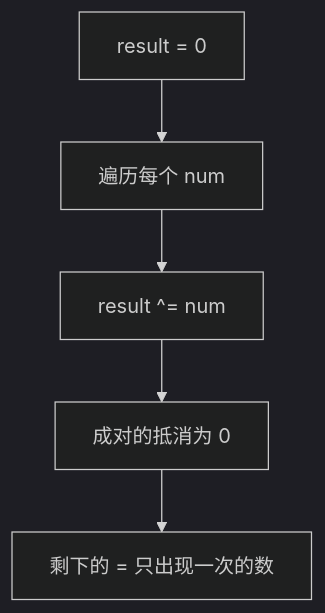
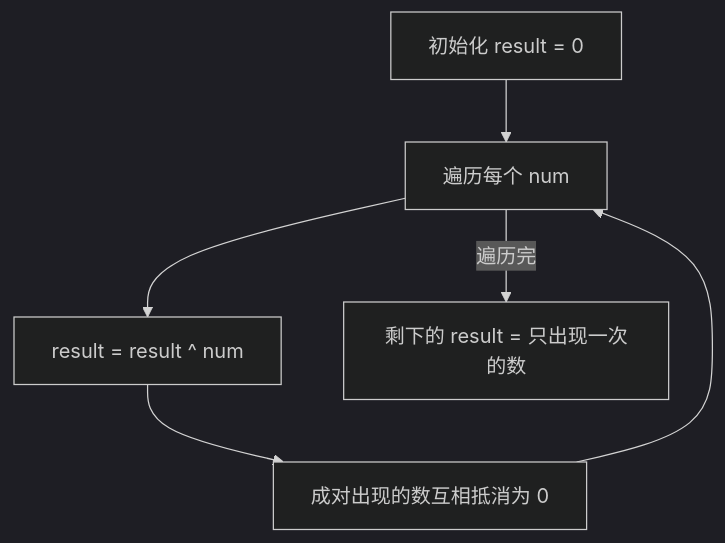
The first of 2 diagrams in 18-技巧/0136-只出现一次的数字.md (OctalZero/hot100-py), drawn with Mermaid (dark theme) before and after one commit. The commit also changed other lines of this file and 117 other files, not shown here.

First line of the commit message:
feat: 全题解配图升级为「动画式 mermaid」（总览骨架 + 横向时间线逐步推演）

````diff
--- a/18-技巧/0136-只出现一次的数字.md
+++ b/18-技巧/0136-只出现一次的数字.md
@@ -20,7 +20,8 @@
 ```mermaid
 flowchart TD
-    A["result = 0"] --> B["遍历每个 num"]
-    B --> C["result ^= num"]
-    C --> D["成对的抵消为 0"]
-    D --> E["剩下的 = 只出现一次的数"]
+    A["初始化 result = 0"] --> B["遍历每个 num"]
+    B --> C["result = result ^ num"]
+    C --> D["成对出现的数互相抵消为 0"]
+    D --> B
+    B -->|"遍历完"| E["剩下的 result = 只出现一次的数"]
 ```
````
